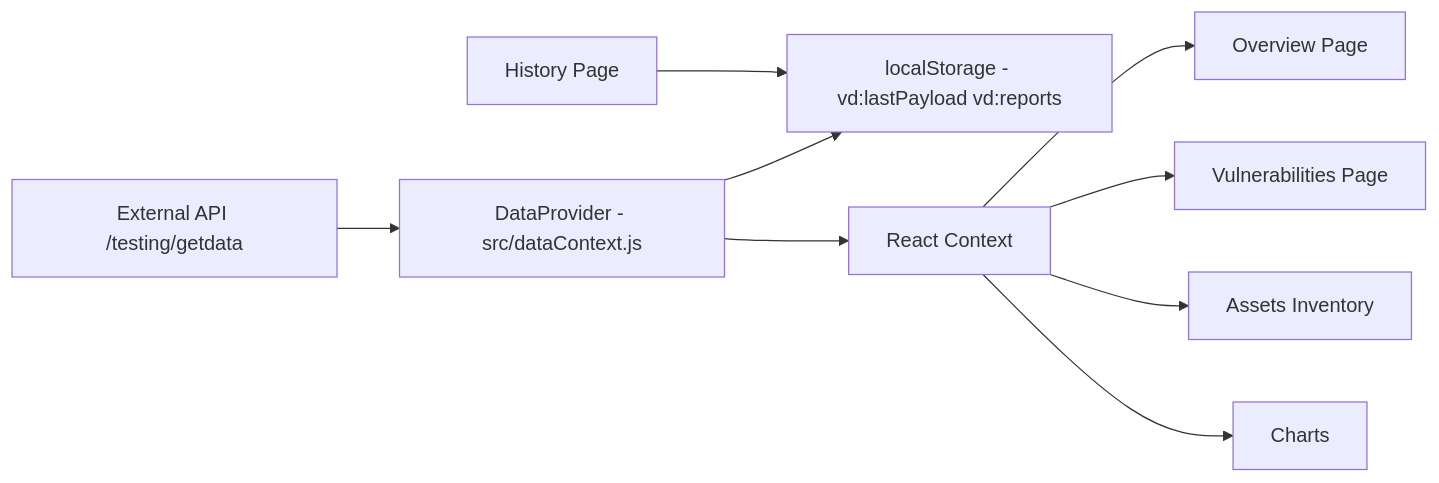
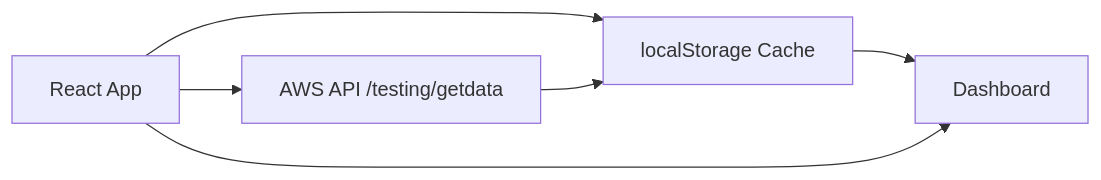
The first of 5 diagrams in README.md (InfraCrawlers/EVAPA-Dashboard), drawn with Mermaid before and after one commit. The commit also changed other lines of this file and 12 other files, not shown here.

````diff
--- a/README.md
+++ b/README.md
@@ -155,21 +205,13 @@
 ```mermaid
 flowchart LR
-  API[External API /testing/getdata]
-  DP[DataProvider - src/dataContext.js]
-  LS[localStorage - vd:lastPayload vd:reports]
-  Context[React Context]
-  Overview[Overview Page]
-  Charts[Charts]
-  Vuln[Vulnerabilities Page]
-  Assets[Assets Inventory]
-  History[History Page]
+  API[AWS API /testing/getdata]
+  React[React App]
+  LS[localStorage Cache]
+  UI[Dashboard]
 
-  API --> DP
-  DP --> LS
-  DP --> Context
-  Context --> Overview
-  Context --> Vuln
-  Context --> Assets
-  Context --> Charts
-  History --> LS
+  React --> LS
+  React --> API
+  API --> LS
+  LS --> UI
+  React --> UI
 ```
````
